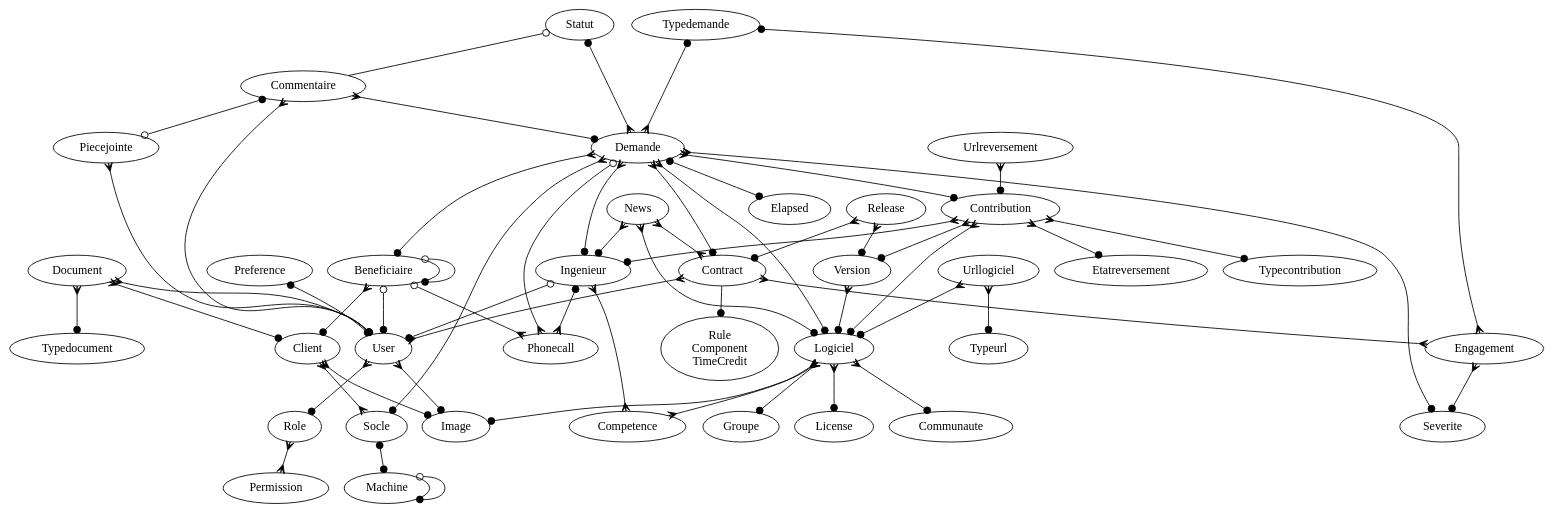
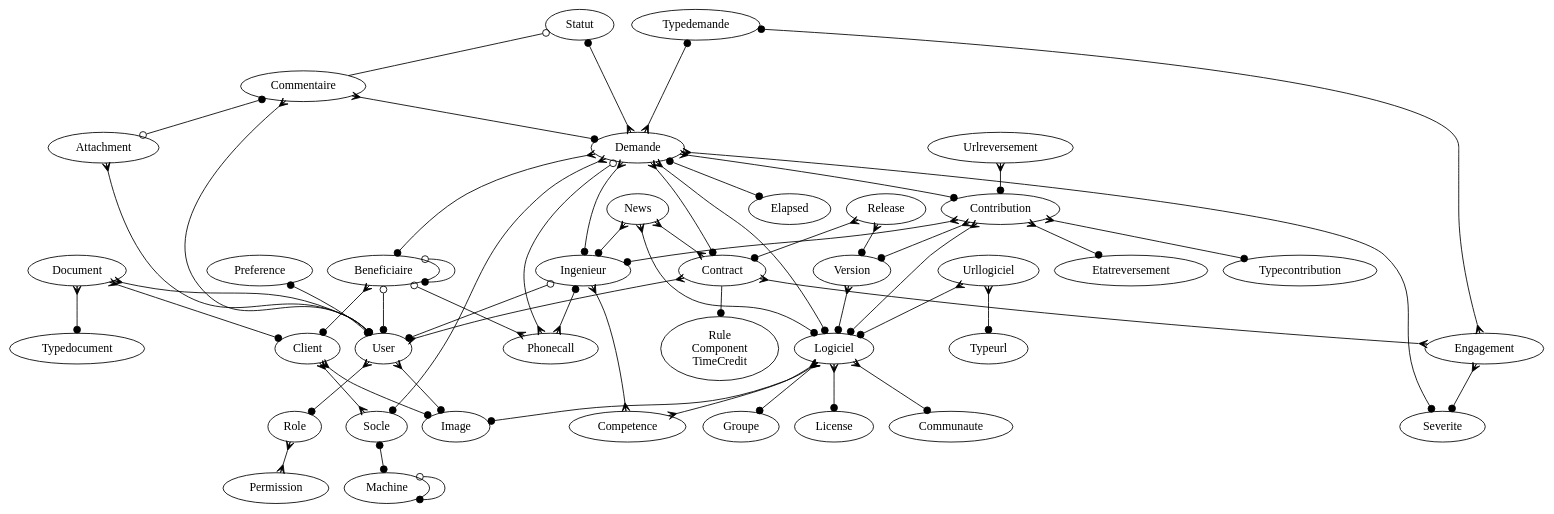
The diagram in doc/data_model.dot (trivoallan/tosca), drawn with Graphviz before and after one commit. The commit also changed 43 other files, not shown here.

Commit message:
moved piecejointe into a better english attachment. Started to puts ultraviolet and its 5 dependencies into an extension.

```diff
--- a/doc/data_model.dot
+++ b/doc/data_model.dot
@@ -1,81 +1,81 @@
 digraph x {
 
 //rotate=90;
 {rank=min; Statut Typedemande Statut }
 
 Rule [label="Rule\nComponent\nTimeCredit"]
 
 Beneficiaire -> User [arrowhead=dot,arrowtail=odot,dir=both]
 Beneficiaire -> Phonecall [arrowhead=crow,arrowtail=odot,dir=both]
 Beneficiaire -> Client [arrowhead=dot,dir=both,arrowtail=crow]
 Beneficiaire -> Beneficiaire [arrowhead=dot,arrowtail=odot,dir=both]
 
 Client -> Image [arrowhead=dot,dir=both,arrowtail=crow]
 Client -> Socle [arrowhead=crow,dir=both,arrowtail=crow]
 
 Commentaire -> Demande [arrowhead=dot,dir=both,arrowtail=crow]
 Commentaire -> User [arrowhead=dot,dir=both,arrowtail=crow]
-Commentaire -> Piecejointe [arrowhead=odot,dir=both,arrowtail=dot]
+Commentaire -> Attachment [arrowhead=odot,dir=both,arrowtail=dot]
 Commentaire -> Statut [arrowhead=odot]
 
 Contract -> User [arrowhead=crow,dir=both,arrowtail=crow]
 Contract -> Engagement [arrowhead=crow,arrowtail=crow,dir=both]
 Contract -> Rule [arrowhead=dot,arrowtail=crow]
 
 User -> Image [arrowhead=dot,dir=both,arrowtail=crow]
 User -> Role [arrowhead=dot,arrowtail=crow,dir=both]
 Ingenieur -> Competence [arrowhead=crow,arrowtail=crow,dir=both]
 Ingenieur -> User [arrowhead=dot,arrowtail=odot,dir=both]
 Ingenieur -> Phonecall [arrowhead=crow,dir=both,arrowtail=dot]
 
 News -> Ingenieur [arrowhead=dot,dir=both,arrowtail=crow]
 News -> Contract [arrowhead=crow,dir=both,arrowtail=crow]
 News -> Logiciel [arrowhead=dot,dir=both,arrowtail=crow]
 
 Demande -> Typedemande [arrowhead=dot,dir=both,arrowtail=crow]
 Demande -> Elapsed [arrowhead=dot,dir=both,arrowtail=dot]
 Demande -> Logiciel [arrowhead=dot,dir=both,arrowtail=crow]
 Demande -> Severite [arrowhead=dot,dir=both,arrowtail=crow]
 Demande -> Beneficiaire [arrowhead=dot,dir=both,arrowtail=crow]
 Demande -> Socle [arrowhead=dot,dir=both,arrowtail=crow]
 Demande -> Contribution [arrowhead=dot,dir=both,arrowtail=crow]
 Demande -> Contract [arrowhead=dot,dir=both,arrowtail=crow]
 Demande -> Statut [arrowhead=dot,dir=both,arrowtail=crow]
 Demande -> Ingenieur [arrowhead=dot,dir=both,arrowtail=crow]
 Demande -> Phonecall [arrowhead=crow,arrowtail=odot,dir=both]
 
 Logiciel -> Competence [arrowhead=crow,arrowtail=crow,dir=both]
 Logiciel -> License [arrowhead=dot,dir=both,arrowtail=crow]
 Logiciel -> Communaute [arrowhead=dot,dir=both,arrowtail=crow]
 Logiciel -> Groupe [arrowhead=dot,dir=both,arrowtail=crow]
 Logiciel -> Image [arrowhead=dot,dir=both,arrowtail=crow]
 
 
 Version -> Logiciel [arrowhead=dot,dir=both,arrowtail=crow]
 
 Release -> Contract [arrowhead=dot,dir=both,arrowtail=crow]
 Release -> Version [arrowhead=dot,dir=both,arrowtail=crow]
 
 
 Preference -> User [arrowhead=dot,arrowtail=dot,dir=both]
 Socle -> Machine [arrowhead=dot,dir=both,arrowtail=dot]
 Machine -> Machine [arrowhead=dot,dir=both,arrowtail=odot]
 Urllogiciel -> Logiciel [arrowhead=dot,dir=both,arrowtail=crow]
 Urllogiciel -> Typeurl [arrowhead=dot,dir=both,arrowtail=crow]
 Engagement -> Severite [arrowhead=dot,dir=both,arrowtail=crow]
 Engagement -> Typedemande [arrowhead=dot,dir=both,arrowtail=crow]
 Role -> Permission [arrowhead=crow,arrowtail=crow,dir=both]
 Urlreversement -> Contribution [arrowhead=dot,dir=both,arrowtail=crow]
 
 Contribution -> Etatreversement [arrowhead=dot,dir=both,arrowtail=crow]
 Contribution -> Typecontribution [arrowhead=dot,dir=both,arrowtail=crow]
 Contribution -> Logiciel [arrowhead=dot,dir=both,arrowtail=crow]
 Contribution -> Version [arrowhead=dot,arrowtail=crow,dir=both]
 Contribution -> Ingenieur [arrowhead=dot,dir=both,arrowtail=crow]
-Piecejointe -> User [arrowtail=crow,dir=both,arrowhead=dot]
+Attachment -> User [arrowtail=crow,dir=both,arrowhead=dot]
 Document -> Client [arrowhead=dot,dir=both,arrowtail=crow]
 Document -> Typedocument [arrowhead=dot,dir=both,arrowtail=crow]
 Document -> User [arrowhead=dot,dir=both,arrowtail=crow]
 
 
 }
```
